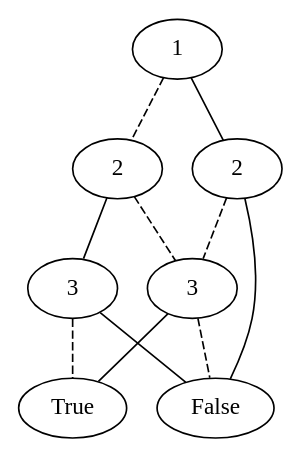
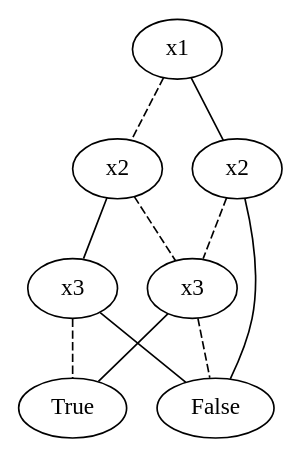
One commit to khiem2105/ROBDD changed the diagram in graph_image/compressed_bdd_tree_1.gv. Above: the diagram before and after it, drawn with Graphviz. The commit also changed 32 other files, not shown here.

```diff
--- a/graph_image/compressed_bdd_tree_1.gv
+++ b/graph_image/compressed_bdd_tree_1.gv
@@ -1,19 +1,19 @@
 graph compressed_bdd_tree_1 {
-	140569656758080 [label=1]
-	140569657129664 [label=2]
-	140569656758080 -- 140569657129664 [style=dashed]
-	140569656756544 [label=3]
-	140569657129664 -- 140569656756544 [style=dashed]
-	140569656755680 [label=False]
-	140569656756544 -- 140569656755680 [style=dashed]
-	140569656755488 [label=True]
-	140569656756544 -- 140569656755488
-	140569656754672 [label=3]
-	140569657129664 -- 140569656754672
-	140569656754672 -- 140569656755488 [style=dashed]
-	140569656754672 -- 140569656755680
-	140569656754528 [label=2]
-	140569656758080 -- 140569656754528
-	140569656754528 -- 140569656756544 [style=dashed]
-	140569656754528 -- 140569656755680
+	140331402836096 [label=x1]
+	140331402457728 [label=x2]
+	140331402836096 -- 140331402457728 [style=dashed]
+	140331402836144 [label=x3]
+	140331402457728 -- 140331402836144 [style=dashed]
+	140331402834128 [label=False]
+	140331402836144 -- 140331402834128 [style=dashed]
+	140331402834176 [label=True]
+	140331402836144 -- 140331402834176
+	140331402835184 [label=x3]
+	140331402457728 -- 140331402835184
+	140331402835184 -- 140331402834176 [style=dashed]
+	140331402835184 -- 140331402834128
+	140331402834272 [label=x2]
+	140331402836096 -- 140331402834272
+	140331402834272 -- 140331402836144 [style=dashed]
+	140331402834272 -- 140331402834128
 }
```
